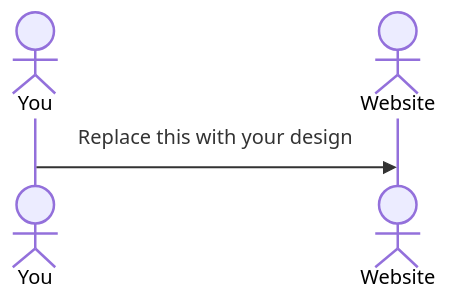
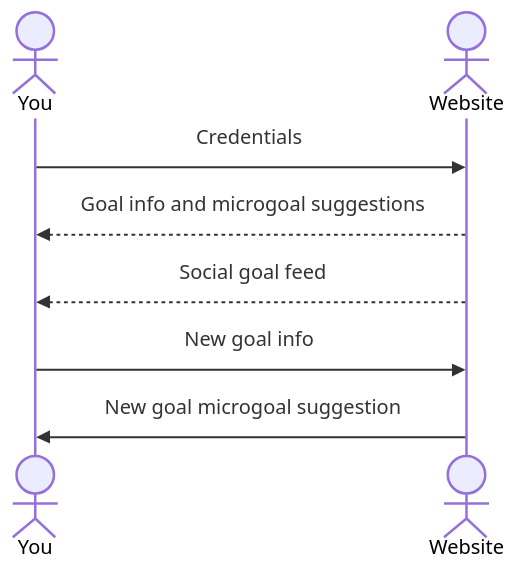
One commit to lingbend/startup changed the diagram in README.md. Above: the diagram before and after it, drawn with Mermaid. The commit also changed other lines of this file, not shown here.

Commit message:
Added sequence diagram

````diff
--- a/README.md
+++ b/README.md
@@ -43,6 +43,10 @@
 ```mermaid
 sequenceDiagram
     actor You
     actor Website
-    You->>Website: Replace this with your design
+    You->>Website: Credentials
+    Website-->>You: Goal info and microgoal suggestions
+    Website-->>You: Social goal feed
+    You->>Website: New goal info
+    Website->>You: New goal microgoal suggestion
 ```
````
